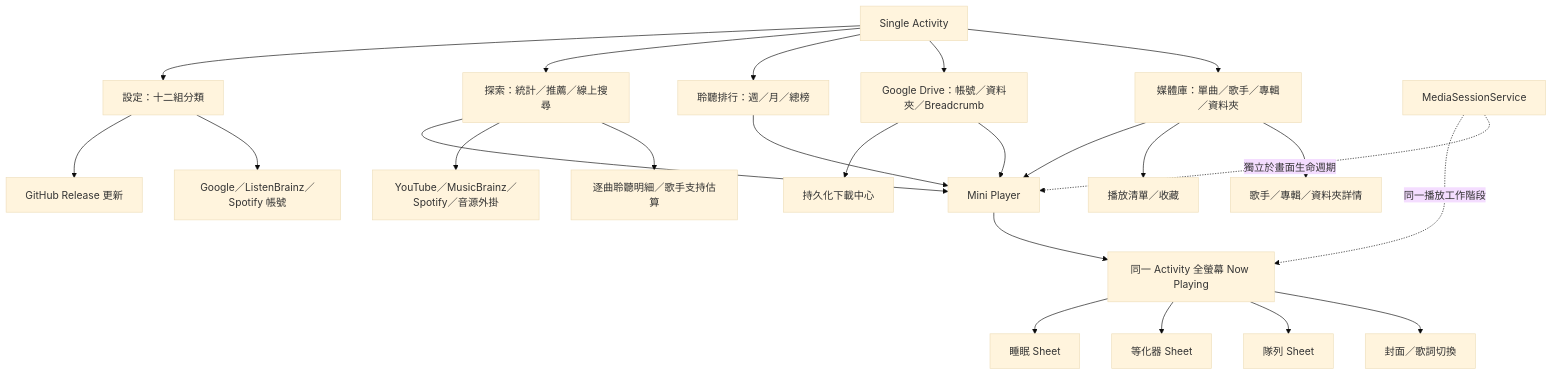
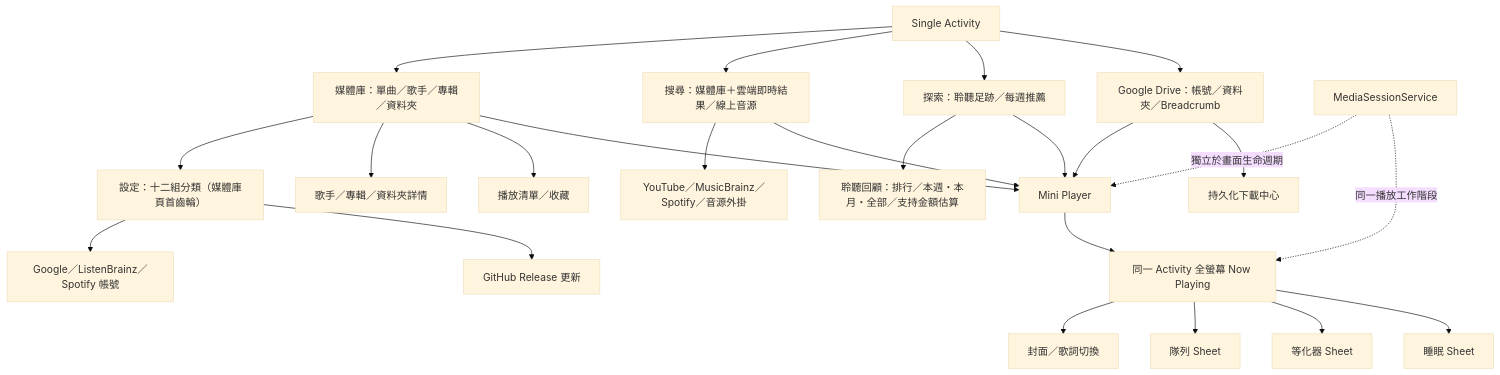
The diagram in README.md (HKmario852/monologue), drawn with Mermaid (base theme) before and after one commit. The commit also changed other lines of this file and 12 other files, not shown here.

First line of the commit message:
Rework navigation, search and dead-end flows from the UX review

````diff
--- a/README.md
+++ b/README.md
@@ -17,23 +17,23 @@
 ```mermaid
 flowchart TD
   App[Single Activity] --> Library[媒體庫：單曲／歌手／專輯／資料夾]
+  App --> Search[搜尋：媒體庫＋雲端即時結果／線上音源]
+  App --> Discover[探索：聆聽足跡／每週推薦]
   App --> Drive[Google Drive：帳號／資料夾／Breadcrumb]
-  App --> Rank[聆聽排行：週／月／總榜]
-  App --> Discover[探索：統計／推薦／線上搜尋]
-  App --> Settings[設定：十二組分類]
-  Discover --> Stats[逐曲聆聽明細／歌手支持估算]
-  Discover --> Online[YouTube／MusicBrainz／Spotify／音源外掛]
+  Library --> Settings[設定：十二組分類（媒體庫頁首齒輪）]
+  Discover --> Recap[聆聽回顧：排行／本週・本月・全部／支持金額估算]
+  Search --> Online[YouTube／MusicBrainz／Spotify／音源外掛]
   Library --> Detail[歌手／專輯／資料夾詳情]
   Library --> Playlist[播放清單／收藏]
-  Library & Drive & Rank & Discover --> Mini[Mini Player]
+  Library & Search & Discover & Drive --> Mini[Mini Player]
   Mini --> Playing[同一 Activity 全螢幕 Now Playing]
   Playing --> Lyrics[封面／歌詞切換]
   Playing --> Queue[隊列 Sheet]
   Playing --> EQ[等化器 Sheet]
   Playing --> Sleep[睡眠 Sheet]
   Drive --> Downloads[持久化下載中心]
   Settings --> Accounts[Google／ListenBrainz／Spotify 帳號]
   Settings --> Updates[GitHub Release 更新]
   Service[MediaSessionService] -. 獨立於畫面生命週期 .-> Mini
   Service -. 同一播放工作階段 .-> Playing
 ```
````
